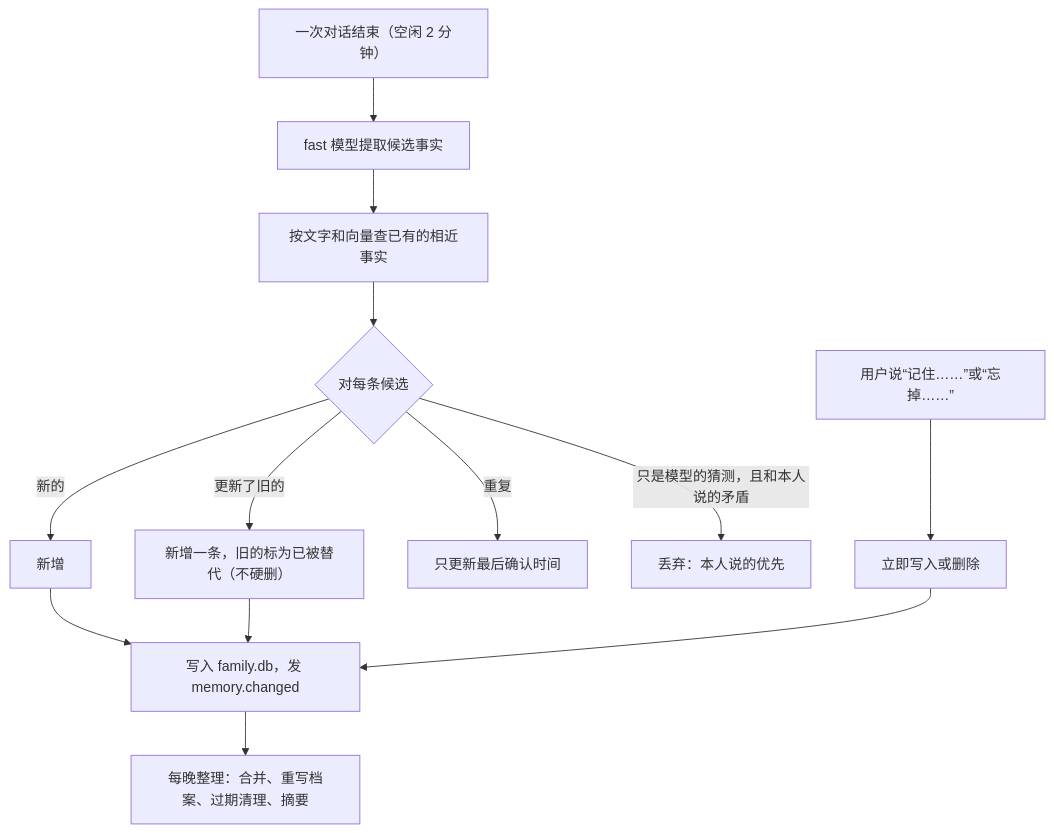
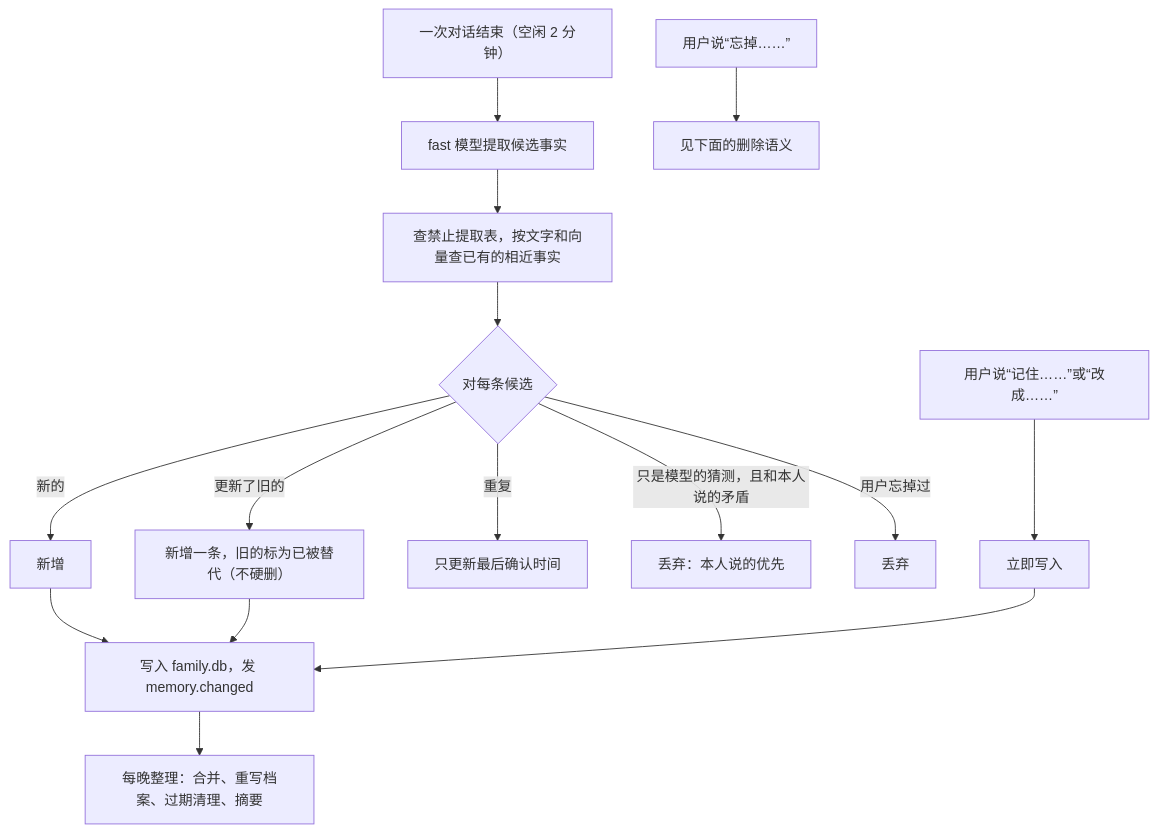
One commit to Gidean-zcx/ink changed the eighth of 16 diagrams in docs/hub/hub-architecture.md. Above: the diagram before and after it, drawn with Mermaid. The commit also changed other lines of this file and 16 other files, not shown here.

````diff
--- a/docs/hub/hub-architecture.md
+++ b/docs/hub/hub-architecture.md
@@ -632,15 +703,17 @@
 ```mermaid
 flowchart TB
   A["一次对话结束（空闲 2 分钟）"] --> B["fast 模型提取候选事实"]
-  B --> C["按文字和向量查已有的相近事实"]
+  B --> C["查禁止提取表，按文字和向量查已有的相近事实"]
   C --> D{"对每条候选"}
   D -- "新的" --> E["新增"]
   D -- "更新了旧的" --> F["新增一条，旧的标为已被替代（不硬删）"]
   D -- "重复" --> G["只更新最后确认时间"]
   D -- "只是模型的猜测，且和本人说的矛盾" --> H["丢弃：本人说的优先"]
+  D -- "用户忘掉过" --> X["丢弃"]
   E --> I["写入 family.db，发 memory.changed"]
   F --> I
   I --> J["每晚整理：合并、重写档案、过期清理、摘要"]
-  K["用户说“记住……”或“忘掉……”"] --> L["立即写入或删除"]
+  K["用户说“记住……”或“改成……”"] --> L["立即写入"]
   L --> I
+  M["用户说“忘掉……”"] --> N["见下面的删除语义"]
 ```
````
